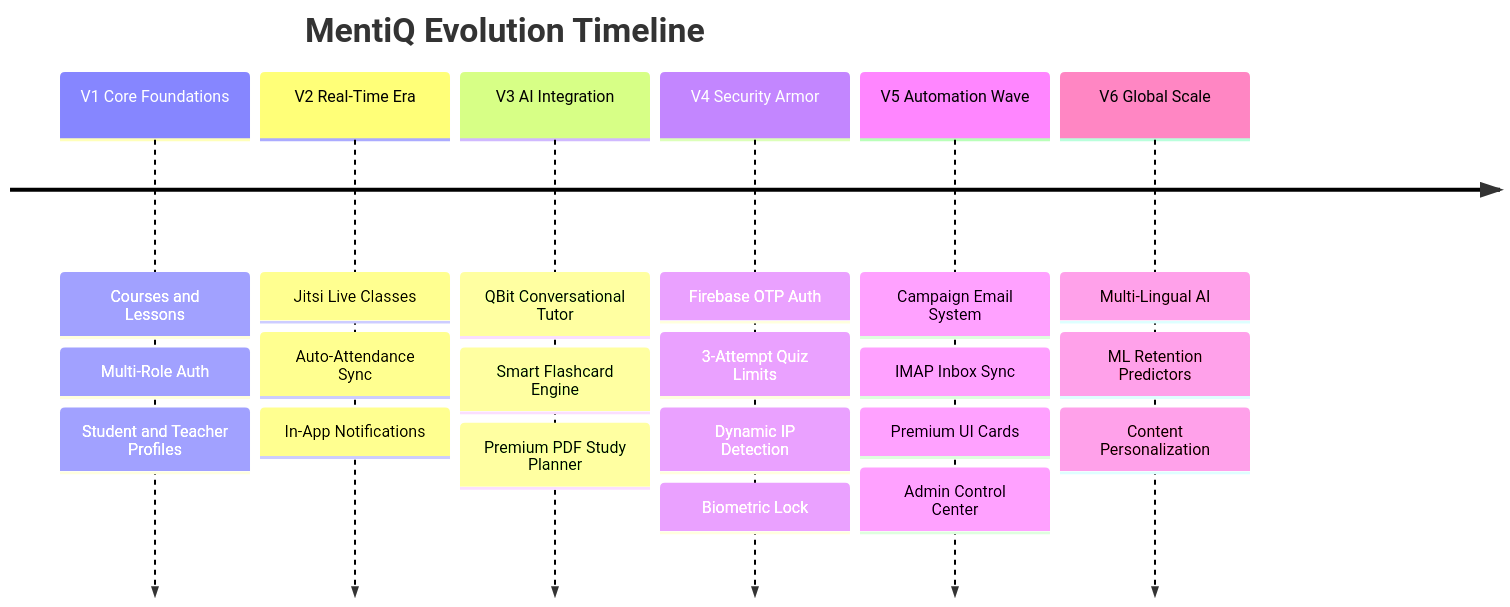
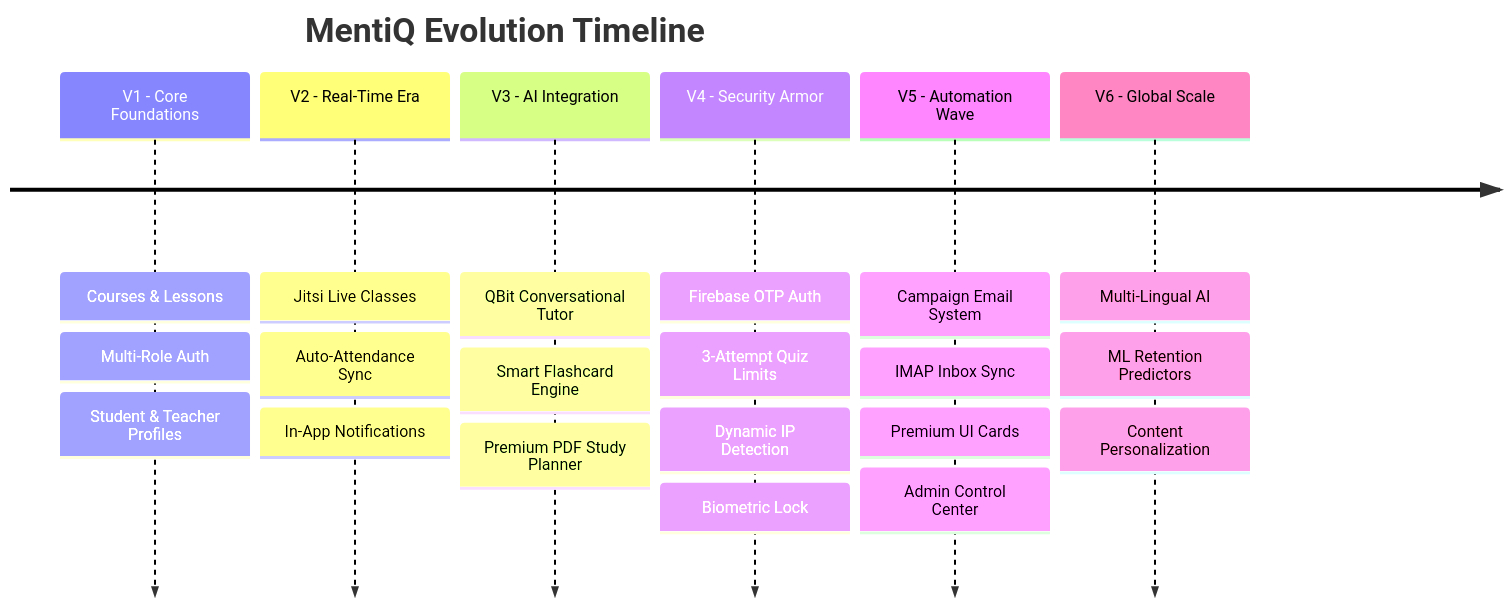
One commit to adi-0903/E-learningApp-MentIQ changed the second of 2 diagrams in README.md. Above: the diagram before and after it, drawn with Mermaid. The commit also changed other lines of this file, not shown here.

````diff
--- a/README.md
+++ b/README.md
@@ -645,24 +685,24 @@
 ```mermaid
 timeline
     title MentiQ Evolution Timeline
-    V1 Core Foundations : Courses and Lessons
-                        : Multi-Role Auth
-                        : Student and Teacher Profiles
-    V2 Real-Time Era    : Jitsi Live Classes
-                        : Auto-Attendance Sync
-                        : In-App Notifications
-    V3 AI Integration   : QBit Conversational Tutor
-                        : Smart Flashcard Engine
-                        : Premium PDF Study Planner
-    V4 Security Armor   : Firebase OTP Auth
-                        : 3-Attempt Quiz Limits
-                        : Dynamic IP Detection
-                        : Biometric Lock
-    V5 Automation Wave  : Campaign Email System
-                        : IMAP Inbox Sync
-                        : Premium UI Cards
-                        : Admin Control Center
-    V6 Global Scale     : Multi-Lingual AI
-                        : ML Retention Predictors
-                        : Content Personalization
+    V1 - Core Foundations : Courses & Lessons
+                          : Multi-Role Auth
+                          : Student & Teacher Profiles
+    V2 - Real-Time Era    : Jitsi Live Classes
+                          : Auto-Attendance Sync
+                          : In-App Notifications
+    V3 - AI Integration   : QBit Conversational Tutor
+                          : Smart Flashcard Engine
+                          : Premium PDF Study Planner
+    V4 - Security Armor   : Firebase OTP Auth
+                          : 3-Attempt Quiz Limits
+                          : Dynamic IP Detection
+                          : Biometric Lock
+    V5 - Automation Wave  : Campaign Email System
+                          : IMAP Inbox Sync
+                          : Premium UI Cards
+                          : Admin Control Center
+    V6 - Global Scale     : Multi-Lingual AI
+                          : ML Retention Predictors
+                          : Content Personalization
 ```
````
